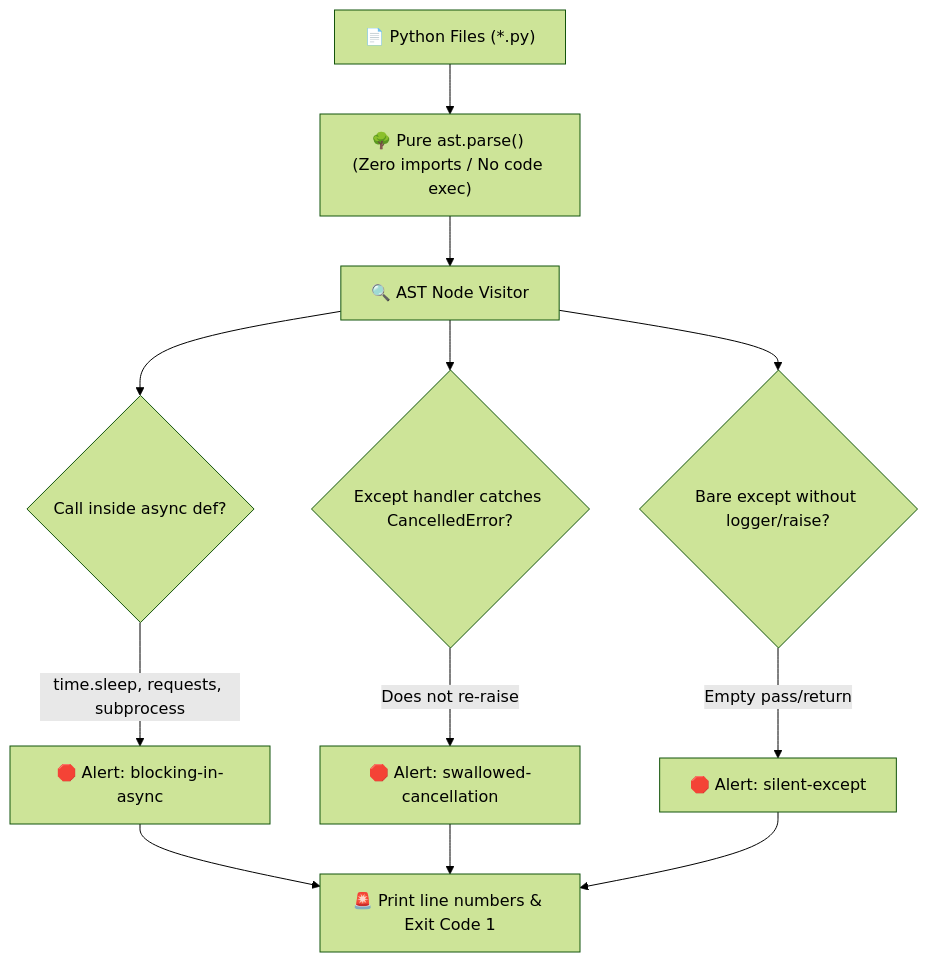
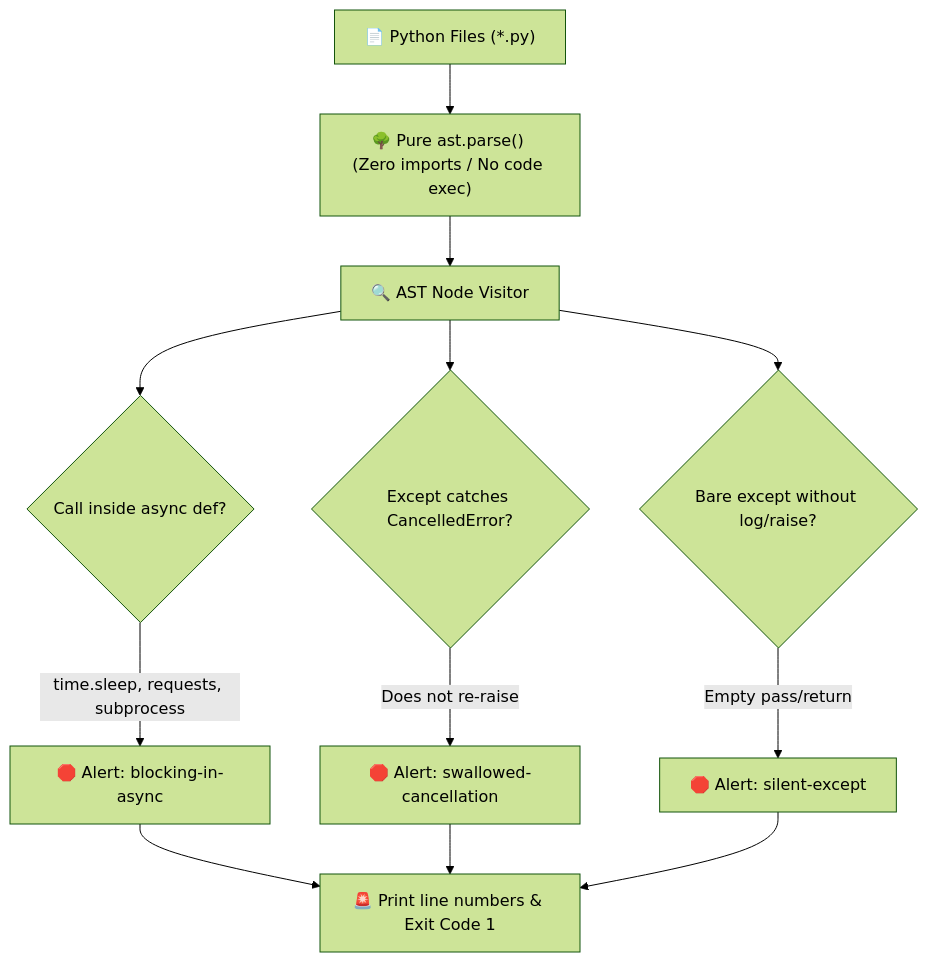
The diagram in README.md (Kaio-Comk/Cerberus-Gates), drawn with Mermaid (forest theme) before and after one commit. The commit also changed other lines of this file, not shown here.

Commit message:
docs: add hands-on executable problem/fix example and sanitize Mermaid syntax

````diff
--- a/README.md
+++ b/README.md
@@ -86,18 +86,18 @@
 ```mermaid
 flowchart TD
     Source["📄 Python Files (*.py)"] --> Parser["🌳 Pure ast.parse() (Zero imports / No code exec)"]
     Parser --> Walker["🔍 AST Node Visitor"]
     
     Walker --> Gate1{"Call inside async def?"}
     Gate1 -->|time.sleep, requests, subprocess| Err1["🛑 Alert: blocking-in-async"]
     
-    Walker --> Gate2{"Except handler catches CancelledError?"}
+    Walker --> Gate2{"Except catches CancelledError?"}
     Gate2 -->|Does not re-raise| Err2["🛑 Alert: swallowed-cancellation"]
     
-    Walker --> Gate3{"Bare except without logger/raise?"}
+    Walker --> Gate3{"Bare except without log/raise?"}
     Gate3 -->|Empty pass/return| Err3["🛑 Alert: silent-except"]
     
-    Err1 --> Report
+    Err1 --> Report["🚨 Print line numbers & Exit Code 1"]
     Err2 --> Report
-    Err3 --> Report["🚨 Print line numbers & Exit Code 1"]
+    Err3 --> Report
 ```
````
